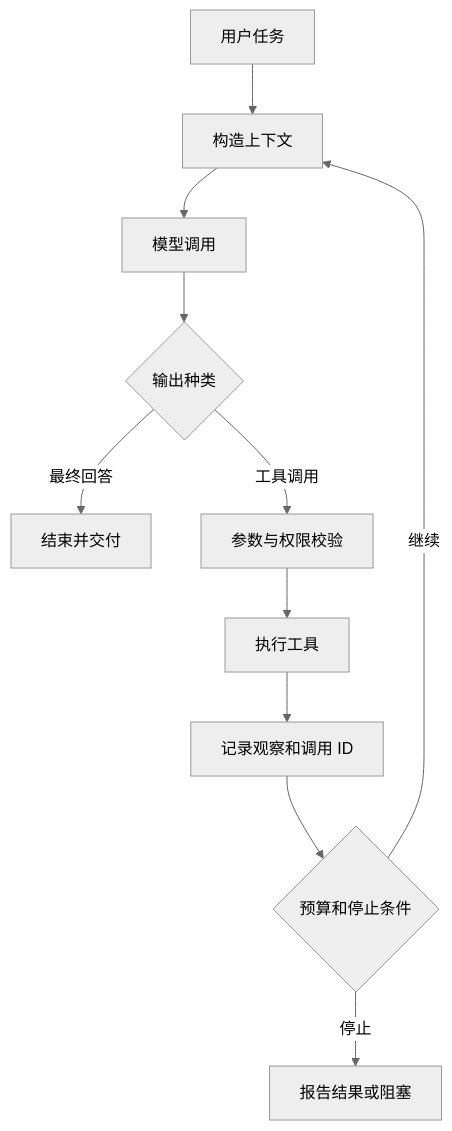
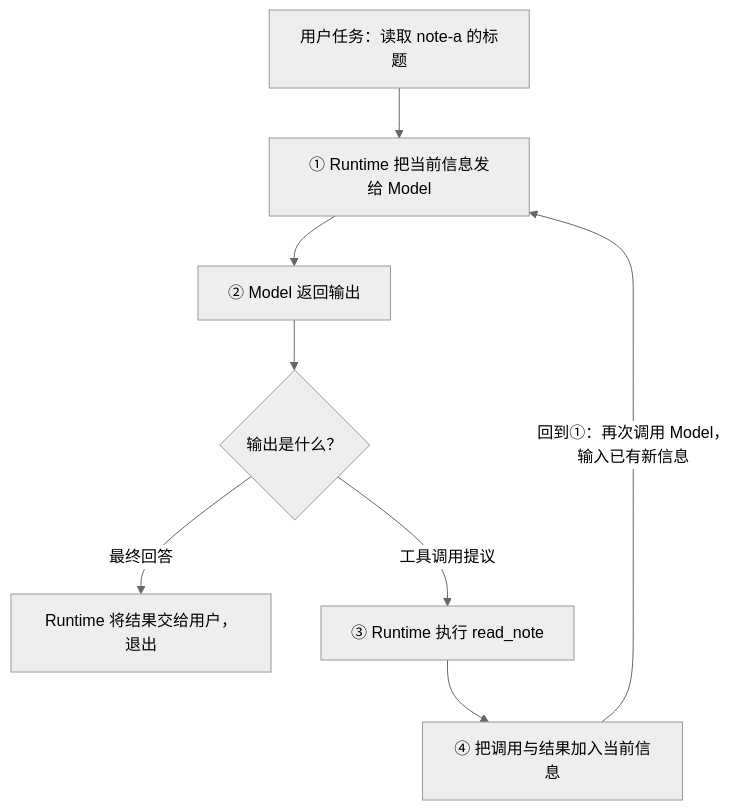
The first of 2 diagrams in docs/note/ai/03-agent-loop.md (Cypher-hey/footprint), drawn with Mermaid (neutral theme) before and after one commit. The commit also changed other lines of this file and 2 other files, not shown here.

````diff
--- a/docs/note/ai/03-agent-loop.md
+++ b/docs/note/ai/03-agent-loop.md
@@ -16,13 +119,10 @@
 ```mermaid
 flowchart TD
-    U["用户任务"] --> C["构造上下文"]
-    C --> M["模型调用"]
-    M --> Q{"输出种类"}
-    Q -->|最终回答| F["结束并交付"]
-    Q -->|工具调用| P["参数与权限校验"]
-    P --> T["执行工具"]
-    T --> O["记录观察和调用 ID"]
-    O --> L{"预算和停止条件"}
-    L -->|继续| C
-    L -->|停止| S["报告结果或阻塞"]
+    U["用户任务：读取 note-a 的标题"] --> A["① Runtime 把当前信息发给 Model"]
+    A --> B["② Model 返回输出"]
+    B --> D{"输出是什么？"}
+    D -->|"最终回答"| F["Runtime 将结果交给用户，退出"]
+    D -->|"工具调用提议"| T["③ Runtime 执行 read_note"]
+    T --> H["④ 把调用与结果加入当前信息"]
+    H -->|"回到①：再次调用 Model，输入已有新信息"| A
 ```
````
